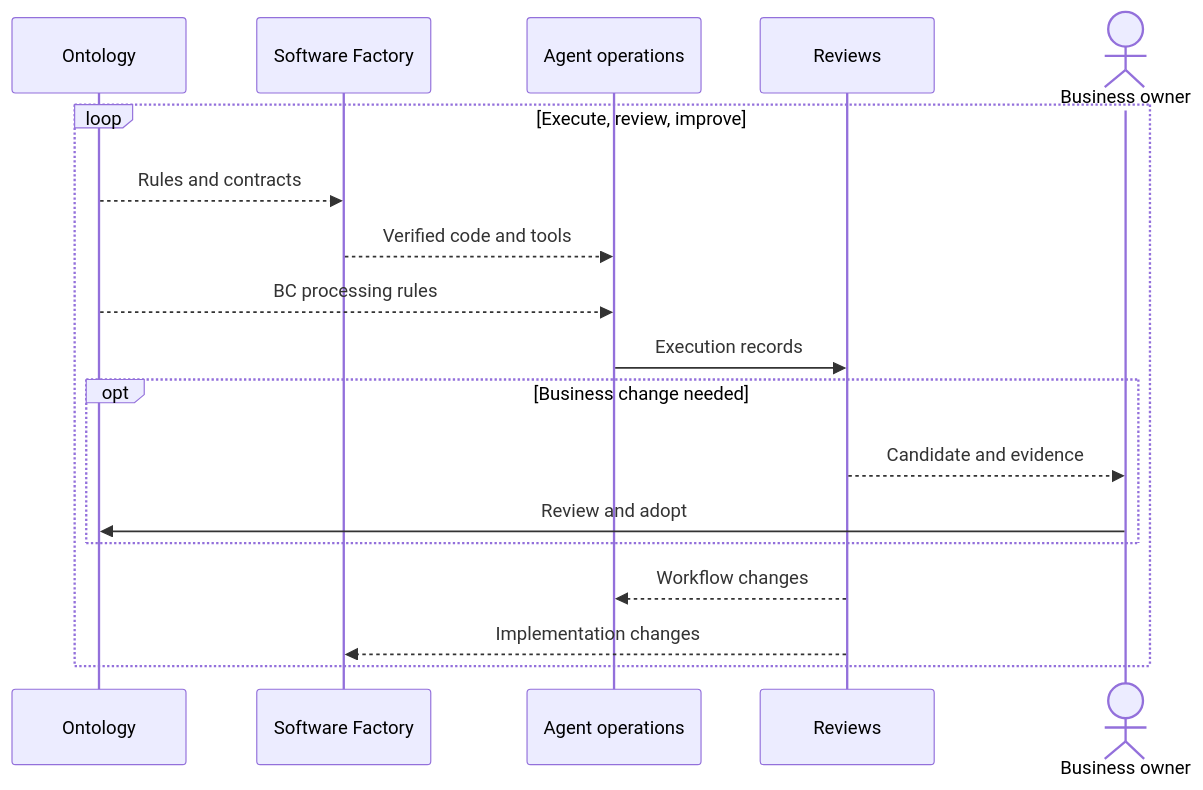
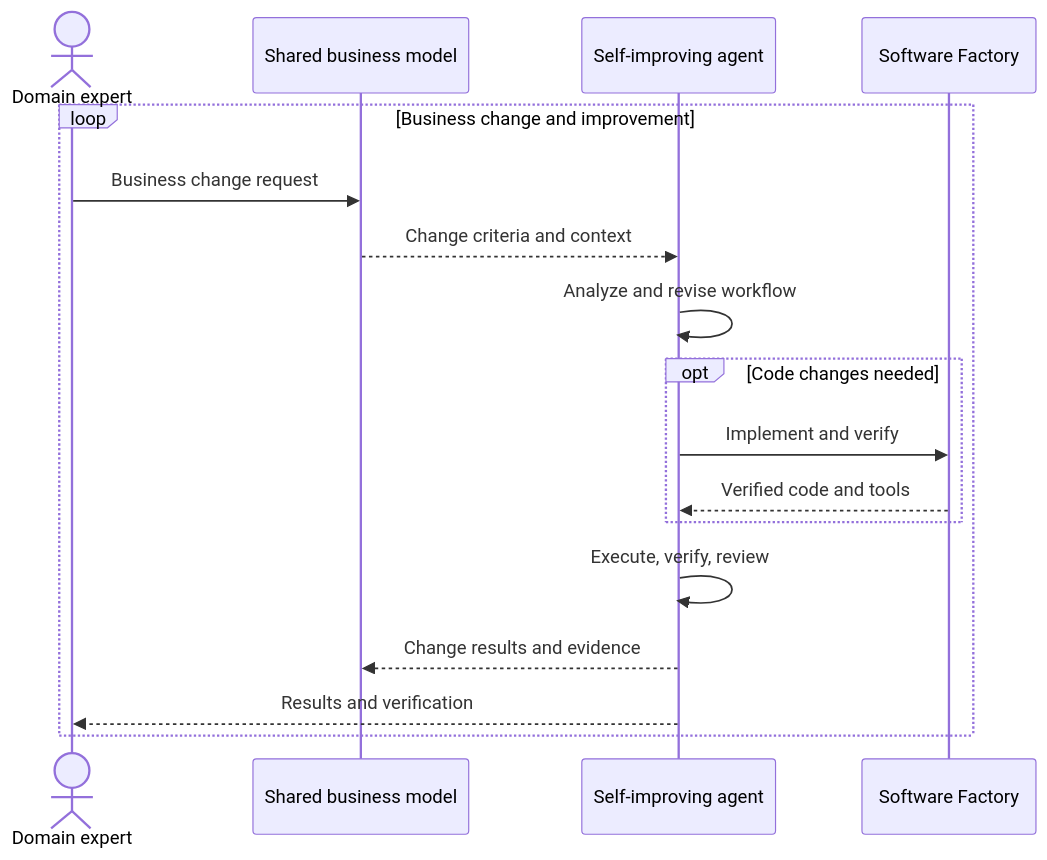
The ninth of 9 diagrams in _en/2026-11-05-enterprise-wide-ax-essentials.md (haandol/haandol.github.com), drawn with Mermaid before and after one commit. The commit also changed other lines of this file and 1 other file, not shown here.

Commit message:
docs: center AX on domain-led autonomous improvement

````diff
--- a/_en/2026-11-05-enterprise-wide-ax-essentials.md
+++ b/_en/2026-11-05-enterprise-wide-ax-essentials.md
@@ -423,20 +404,19 @@
 ```mermaid
 sequenceDiagram
-  participant K as Ontology
+  actor O as Domain expert
+  participant K as Shared business model
+  participant A as Self-improving agent
   participant F as Software Factory
-  participant W as Agent operations
-  participant R as Reviews
-  actor O as Business owner
-  loop Execute, review, improve
-    K-->>F: Rules and contracts
-    F-->>W: Verified code and tools
-    K-->>W: BC processing rules
-    W->>R: Execution records
-    opt Business change needed
-      R-->>O: Candidate and evidence
-      O->>K: Review and adopt
+  loop Business change and improvement
+    O->>K: Business change request
+    K-->>A: Change criteria and context
+    A->>A: Analyze and revise workflow
+    opt Code changes needed
+      A->>F: Implement and verify
+      F-->>A: Verified code and tools
     end
-    R-->>W: Workflow changes
-    R-->>F: Implementation changes
+    A->>A: Execute, verify, review
+    A-->>K: Change results and evidence
+    A-->>O: Results and verification
   end
 ```
````
